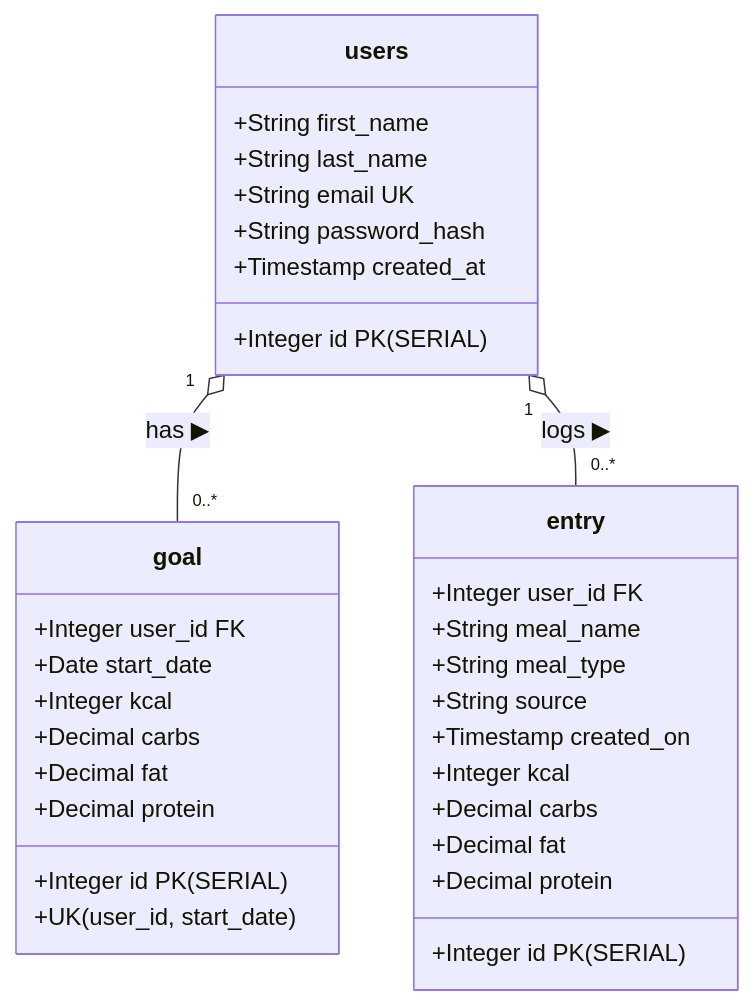
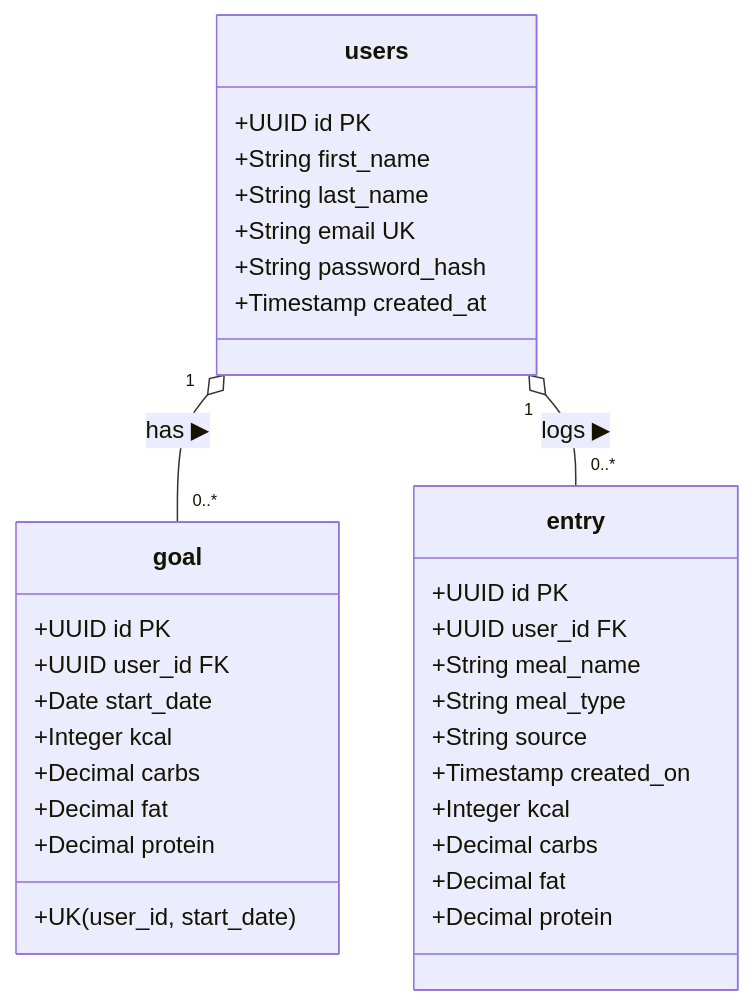
Before and after one commit to ec-mentors/project-module-andres-bs12: the first of 2 diagrams in README.md, drawn with Mermaid. The commit also changed other lines of this file and 1 other file, not shown here.

Commit message:
refactor: change DB primary and foreign keys from SERIAL to UUID

````diff
--- a/README.md
+++ b/README.md
@@ -57,40 +57,40 @@
 ```mermaid
 classDiagram
     direction TB
 
     class users {
-        +Integer id PK (SERIAL)
+        +UUID id PK
         +String first_name
         +String last_name
         +String email UK
         +String password_hash
         +Timestamp created_at
     }
 
     class goal {
-        +Integer id PK (SERIAL)
-        +Integer user_id FK
+        +UUID id PK
+        +UUID user_id FK
         +Date start_date
         +Integer kcal
         +Decimal carbs
         +Decimal fat
         +Decimal protein
         +UK(user_id, start_date)
     }
 
     class entry {
-        +Integer id PK (SERIAL)
-        +Integer user_id FK
+        +UUID id PK
+        +UUID user_id FK
         +String meal_name
         +String meal_type
         +String source
         +Timestamp created_on
         +Integer kcal
         +Decimal carbs
         +Decimal fat
         +Decimal protein
     }
 
     users "1" o-- "0..*" goal : has ▶
     users "1" o-- "0..*" entry : logs ▶
 ```
````
